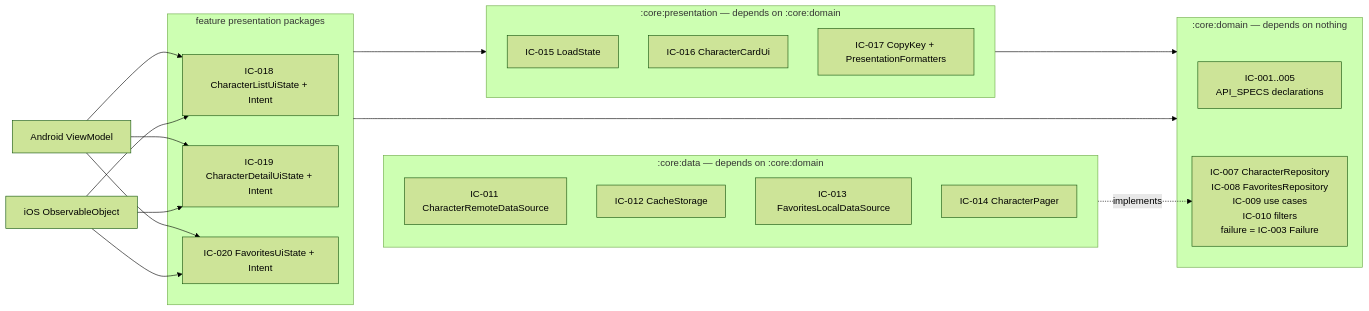
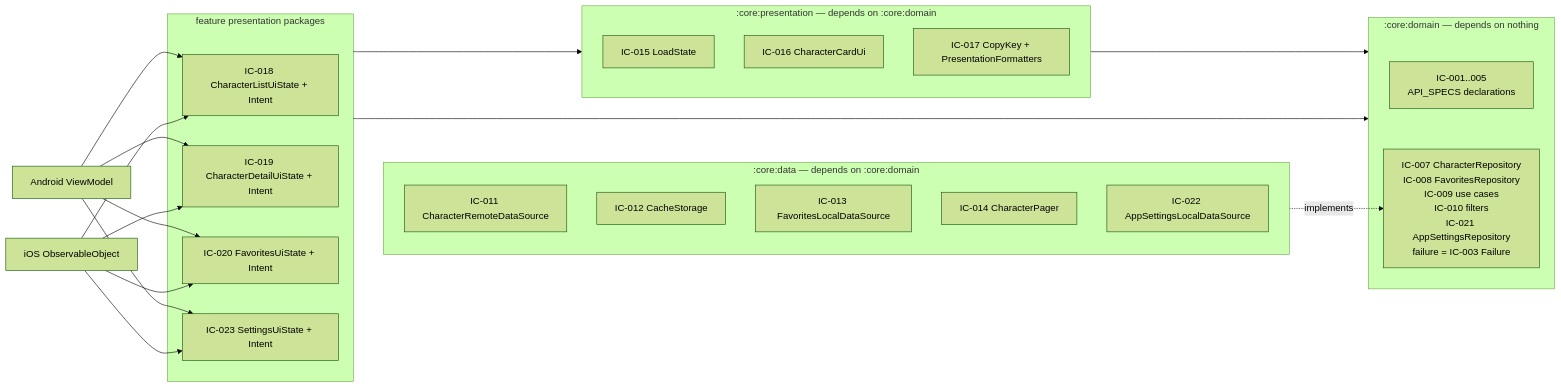
The diagram in docs/CONTRACTS.md (davidru85/RickAndMorty), drawn with Mermaid (forest theme) before and after one commit. The commit also changed other lines of this file and 23 other files, not shown here.

First line of the commit message:
docs: replace Locations with Settings and ship runtime REST/GraphQL selection

````diff
--- a/docs/CONTRACTS.md
+++ b/docs/CONTRACTS.md
@@ -29,33 +29,37 @@
 ```mermaid
 flowchart LR
     subgraph Domain[":core:domain — depends on nothing"]
         ID[IC-001..005<br/>API_SPECS declarations]
-        REPO[IC-007 CharacterRepository<br/>IC-008 FavoritesRepository<br/>IC-009 use cases<br/>IC-010 filters<br/>failure = IC-003 Failure]
+        REPO[IC-007 CharacterRepository<br/>IC-008 FavoritesRepository<br/>IC-009 use cases<br/>IC-010 filters<br/>IC-021 AppSettingsRepository<br/>failure = IC-003 Failure]
     end
     subgraph Data[":core:data — depends on :core:domain"]
         REMOTE[IC-011 CharacterRemoteDataSource]
         CACHE[IC-012 CacheStorage]
         LOCAL[IC-013 FavoritesLocalDataSource]
         PAGER[IC-014 CharacterPager]
+        PREFS[IC-022 AppSettingsLocalDataSource]
     end
     subgraph Pres[":core:presentation — depends on :core:domain"]
         LOAD[IC-015 LoadState]
         CARD[IC-016 CharacterCardUi]
         FMT[IC-017 CopyKey + PresentationFormatters]
     end
     subgraph Feature["feature presentation packages"]
         LIST[IC-018 CharacterListUiState + Intent]
         DETAIL[IC-019 CharacterDetailUiState + Intent]
         FAV[IC-020 FavoritesUiState + Intent]
+        SET[IC-023 SettingsUiState + Intent]
     end
     Data -. implements .-> REPO
     Pres --> Domain
     Feature --> Pres
     Feature --> Domain
     Android[Android ViewModel] --> LIST
     Android --> DETAIL
     Android --> FAV
+    Android --> SET
     iOS[iOS ObservableObject] --> LIST
     iOS --> DETAIL
     iOS --> FAV
+    iOS --> SET
 ```
````
